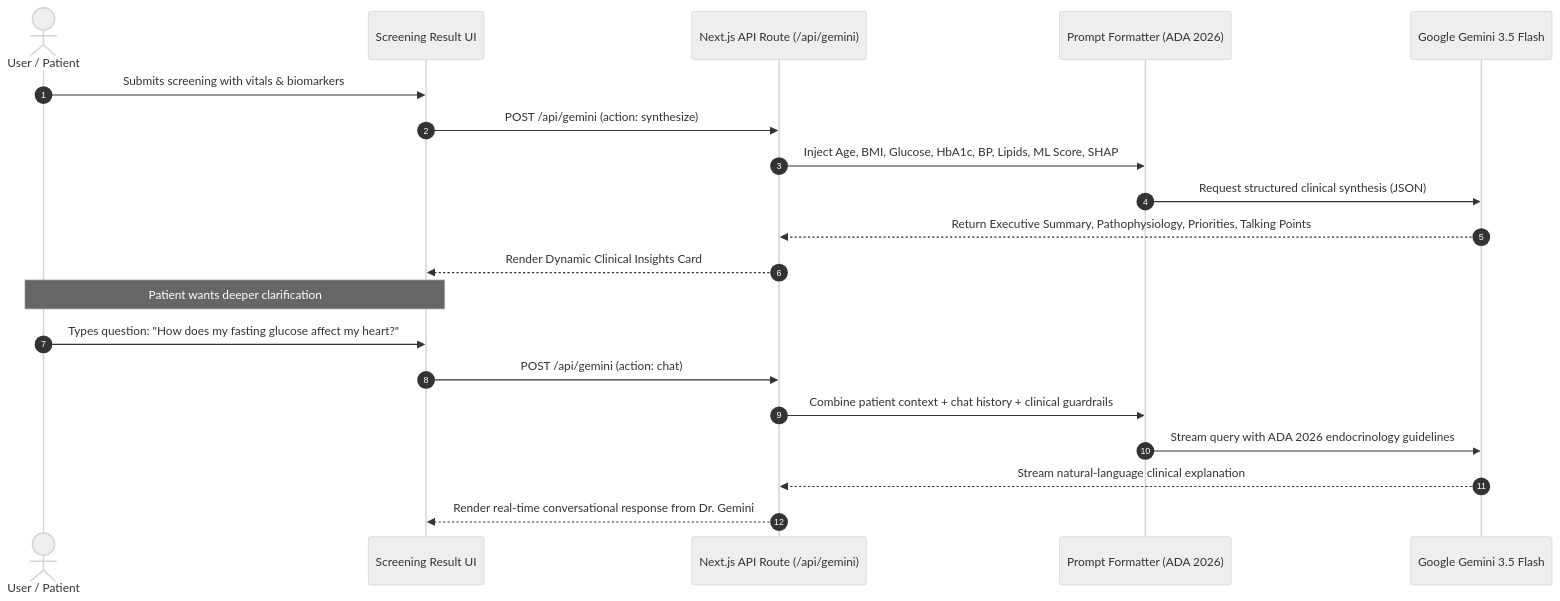
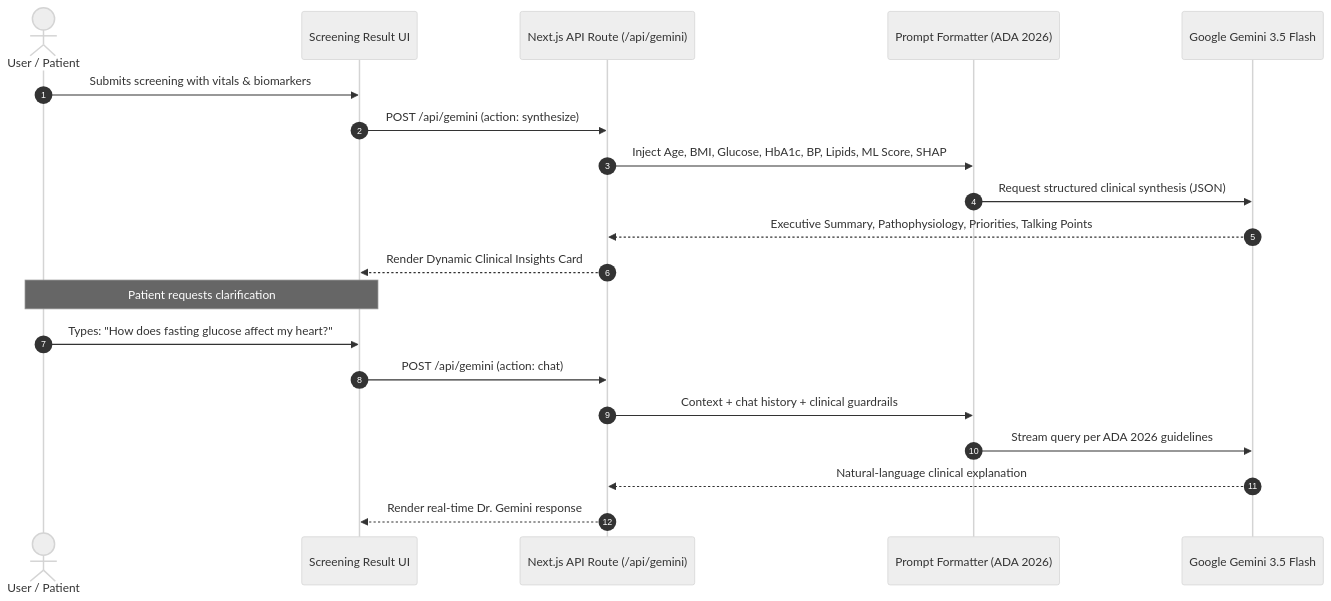
One commit to sam-black007/diabetes-prediction changed the fourth of 4 diagrams in README.md. Above: the diagram before and after it, drawn with Mermaid (neutral theme). The commit also changed other lines of this file, not shown here.

````diff
--- a/README.md
+++ b/README.md
@@ -309,24 +266,24 @@
 ```mermaid
 sequenceDiagram
     autonumber
     actor Patient as User / Patient
     participant UI as Screening Result UI
     participant Route as Next.js API Route (/api/gemini)
     participant Engine as Prompt Formatter (ADA 2026)
     participant Gemini as Google Gemini 3.5 Flash
 
     Patient->>UI: Submits screening with vitals & biomarkers
     UI->>Route: POST /api/gemini (action: synthesize)
     Route->>Engine: Inject Age, BMI, Glucose, HbA1c, BP, Lipids, ML Score, SHAP
     Engine->>Gemini: Request structured clinical synthesis (JSON)
-    Gemini-->>Route: Return Executive Summary, Pathophysiology, Priorities, Talking Points
+    Gemini-->>Route: Executive Summary, Pathophysiology, Priorities, Talking Points
     Route-->>UI: Render Dynamic Clinical Insights Card
-    
-    Note over Patient,UI: Patient wants deeper clarification
-    Patient->>UI: Types question: "How does my fasting glucose affect my heart?"
+
+    Note over Patient,UI: Patient requests clarification
+    Patient->>UI: Types: "How does fasting glucose affect my heart?"
     UI->>Route: POST /api/gemini (action: chat)
-    Route->>Engine: Combine patient context + chat history + clinical guardrails
-    Engine->>Gemini: Stream query with ADA 2026 endocrinology guidelines
-    Gemini-->>Route: Stream natural-language clinical explanation
-    Route-->>UI: Render real-time conversational response from Dr. Gemini
+    Route->>Engine: Context + chat history + clinical guardrails
+    Engine->>Gemini: Stream query per ADA 2026 guidelines
+    Gemini-->>Route: Natural-language clinical explanation
+    Route-->>UI: Render real-time Dr. Gemini response
 ```
````
